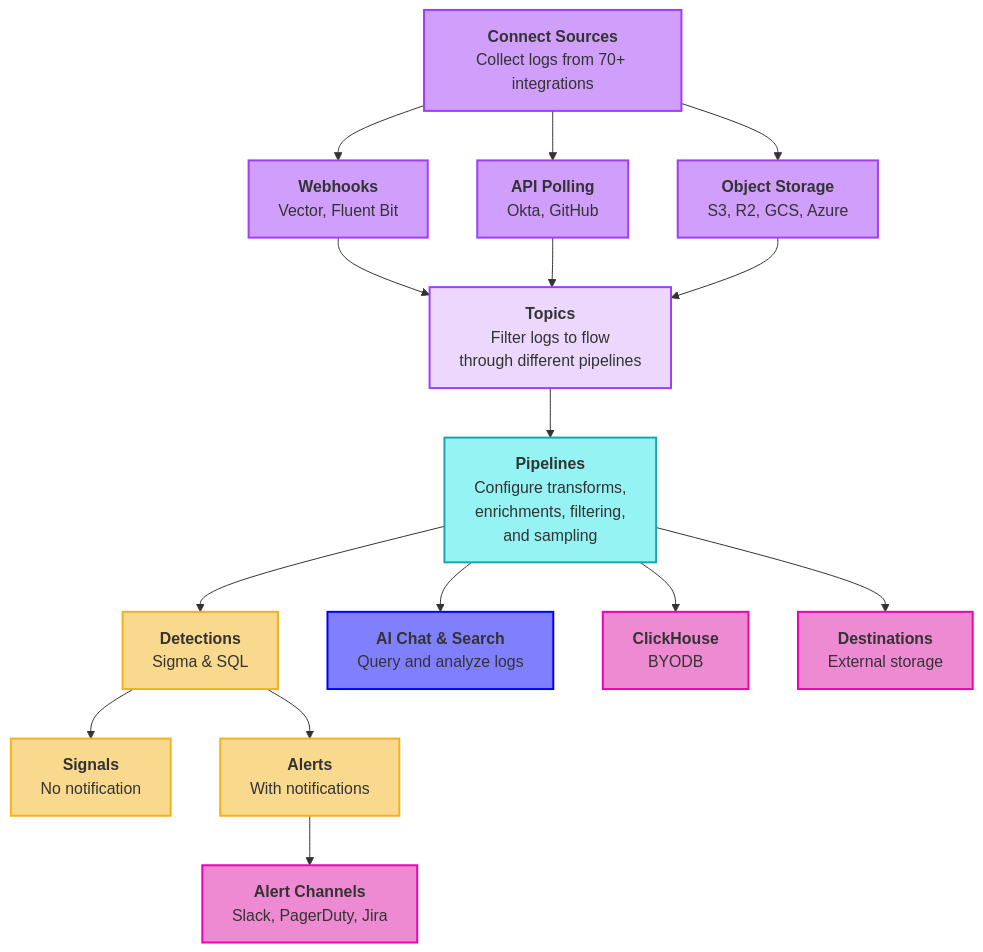
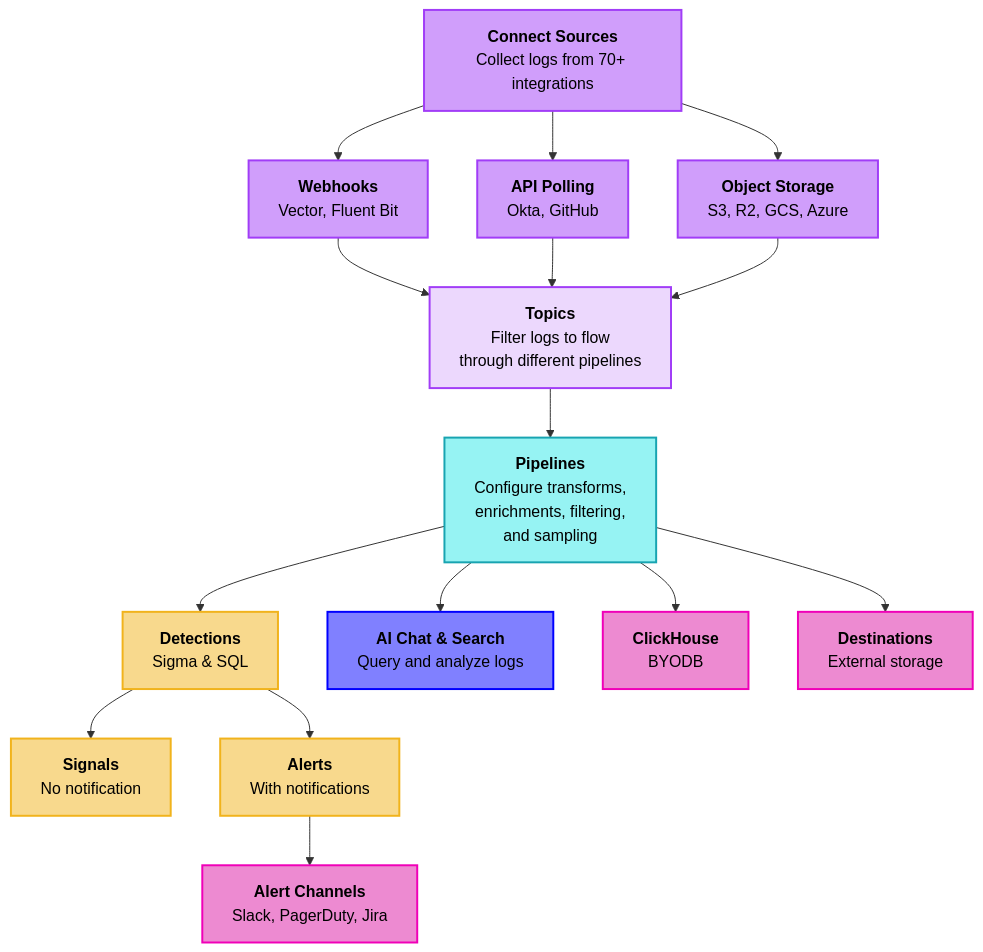
Before and after one commit to runreveal/runreveal-docs: the diagram in pages/how-to-guides/onboarding.mdx, drawn with Mermaid. The commit also changed other lines of this file and 2 other files, not shown here.

````diff
--- a/pages/how-to-guides/onboarding.mdx
+++ b/pages/how-to-guides/onboarding.mdx
@@ -14,44 +14,44 @@
 ```mermaid
 graph TD
     %% Connect Sources
     S1["<b>Connect Sources</b><br/>Collect logs from 70+ integrations"] --> A1["<b>Webhooks</b><br/>Vector, Fluent Bit"]
     S1 --> A2["<b>API Polling</b><br/>Okta, GitHub"]
     S1 --> A3["<b>Object Storage</b><br/>S3, R2, GCS, Azure"]
     
     %% Sources to Topics
     A1 --> T1["<b>Topics</b><br/>Filter logs to flow<br/>through different pipelines"]
     A2 --> T1
     A3 --> T1
     
     %% Pipelines
     T1 --> P1["<b>Pipelines</b><br/>Configure transforms,<br/>enrichments, filtering,<br/>and sampling"]
     
     %% Detections
     P1 --> D1["<b>Detections</b><br/>Sigma & SQL"]
     D1 --> D2["<b>Signals</b><br/>No notification"]
     D1 --> D3["<b>Alerts</b><br/>With notifications"]
     
     %% AI Chat and Search
     P1 --> AI["<b>AI Chat & Search</b><br/>Query and analyze logs"]
     
     %% Destinations
     P1 --> DES1["<b>ClickHouse</b><br/>BYODB"]
     P1 --> DES2["<b>Destinations</b><br/>External storage"]
     D3 --> DES3["<b>Alert Channels</b><br/>Slack, PagerDuty, Jira"]
     
     %% Styling
-    classDef sourceStyle fill:#D09EFB,stroke:#A13DF7,stroke-width:2px
-    classDef topicStyle fill:#ECD8FD,stroke:#A13DF7,stroke-width:2px
-    classDef pipelineStyle fill:#96F3F3,stroke:#18A4B1,stroke-width:2px
-    classDef detectionStyle fill:#F8D98D,stroke:#F1B31C,stroke-width:2px
-    classDef aiStyle fill:#8080FF,stroke:#0000FF,stroke-width:2px
-    classDef destStyle fill:#ED8AD1,stroke:#F000B8,stroke-width:2px
+    classDef sourceStyle fill:#D09EFB,stroke:#A13DF7,stroke-width:2px,color:#000000
+    classDef topicStyle fill:#ECD8FD,stroke:#A13DF7,stroke-width:2px,color:#000000
+    classDef pipelineStyle fill:#96F3F3,stroke:#18A4B1,stroke-width:2px,color:#000000
+    classDef detectionStyle fill:#F8D98D,stroke:#F1B31C,stroke-width:2px,color:#000000
+    classDef aiStyle fill:#8080FF,stroke:#0000FF,stroke-width:2px,color:#000000
+    classDef destStyle fill:#ED8AD1,stroke:#F000B8,stroke-width:2px,color:#000000
     
     class S1 sourceStyle
     class A1,A2,A3 sourceStyle
     class T1 topicStyle
     class P1 pipelineStyle
     class D1,D2,D3 detectionStyle
     class AI aiStyle
     class DES1,DES2,DES3 destStyle
 ```
````
